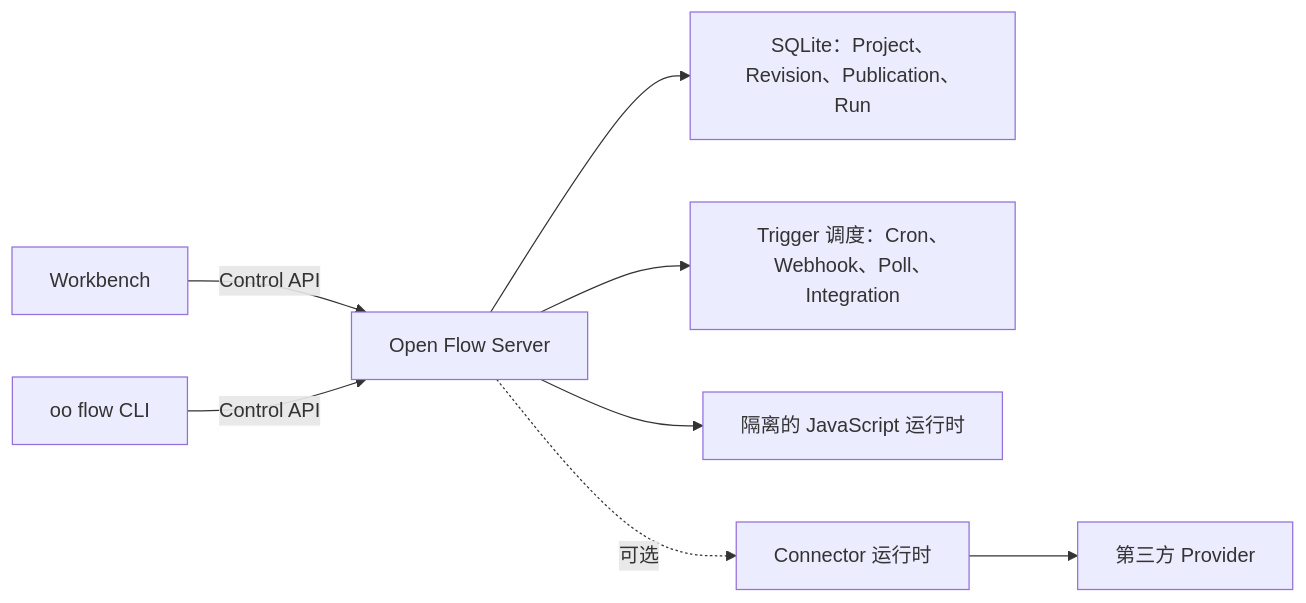
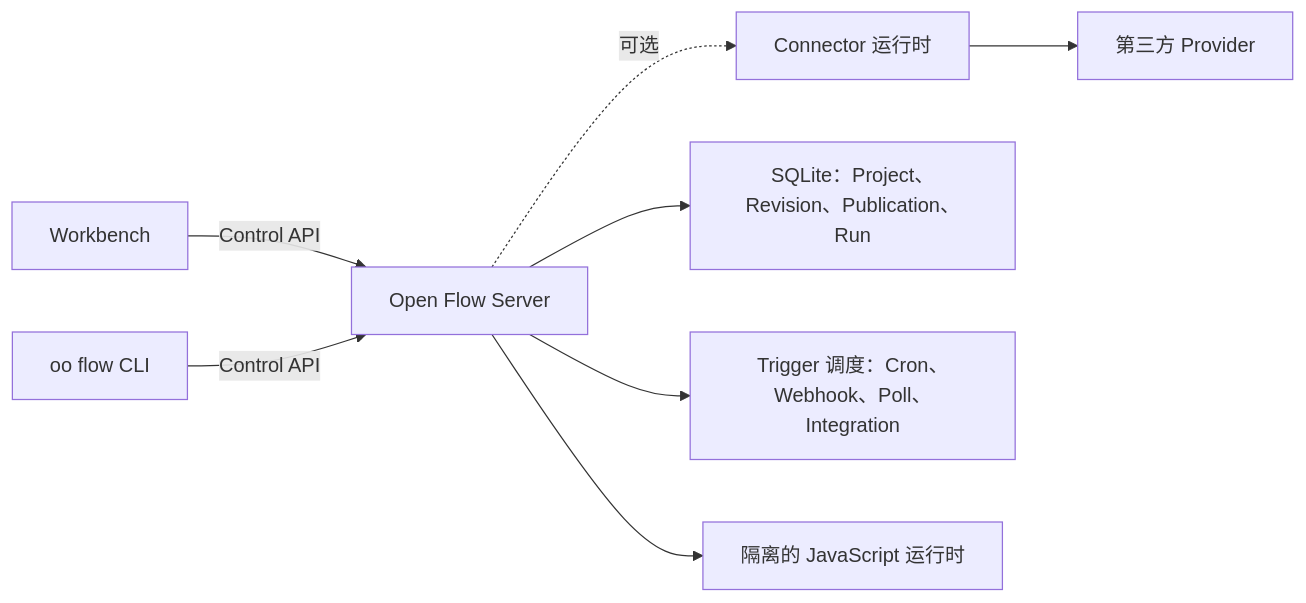
The diagram in docs/README.zh-CN.md (l1shen/open-flow-oomo-lab), drawn with Mermaid before and after one commit. The commit also changed other lines of this file and 6 other files, not shown here.

First line of the commit message:
Fix README architecture diagram layout (#19)

````diff
--- a/docs/README.zh-CN.md
+++ b/docs/README.zh-CN.md
@@ -45,10 +45,10 @@
 ```mermaid
 flowchart LR
   Workbench["Workbench"] -->|"Control API"| Server["Open Flow Server"]
   CLI["oo flow CLI"] -->|"Control API"| Server
+  Server -. "可选" .-> Connector["Connector 运行时"]
+  Connector --> Providers["第三方 Provider"]
   Server --> Store["SQLite：Project、Revision、Publication、Run"]
   Server --> Triggers["Trigger 调度：Cron、Webhook、Poll、Integration"]
   Server --> Runtime["隔离的 JavaScript 运行时"]
-  Server -. "可选" .-> Connector["Connector 运行时"]
-  Connector --> Providers["第三方 Provider"]
 ```
````
